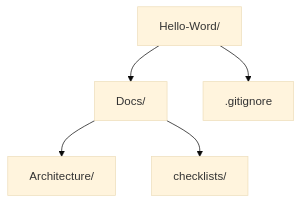
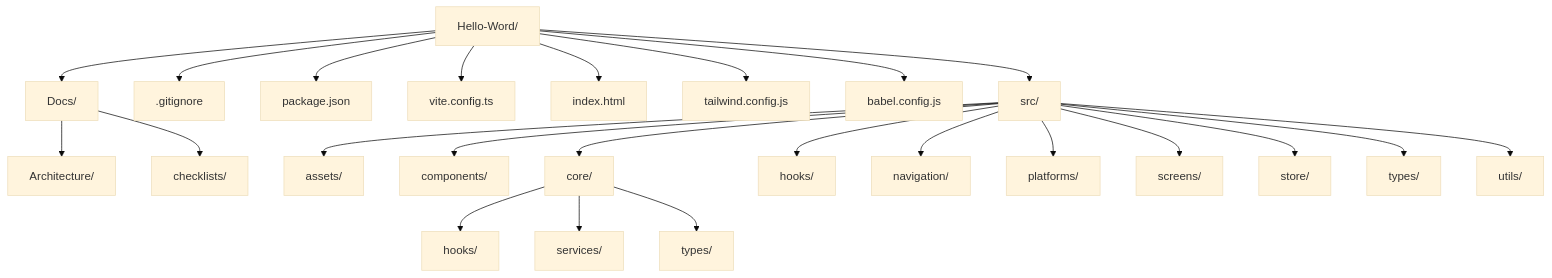
The diagram in Docs/Architecture/repo_structure.mmd (rebots-online/Hello-Word-c), drawn with Mermaid (base theme) before and after one commit. The commit also changed 26 other files, not shown here.

```diff
--- a/Docs/Architecture/repo_structure.mmd
+++ b/Docs/Architecture/repo_structure.mmd
@@ -1,6 +1,25 @@
 flowchart TD
   A[Hello-Word/]
   A --> B[Docs/]
   B --> C[Architecture/]
   B --> D[checklists/]
   A --> E[.gitignore]
+  A --> F[package.json]
+  A --> H[vite.config.ts]
+  A --> I[index.html]
+  A --> J[tailwind.config.js]
+  A --> K[babel.config.js]
+  A --> G[src/]
+  G --> G1[assets/]
+  G --> G2[components/]
+  G --> G3[core/]
+  G3 --> G3A[hooks/]
+  G3 --> G3B[services/]
+  G3 --> G3C[types/]
+  G --> G4[hooks/]
+  G --> G5[navigation/]
+  G --> G6[platforms/]
+  G --> G7[screens/]
+  G --> G8[store/]
+  G --> G9[types/]
+  G --> G10[utils/]
```
